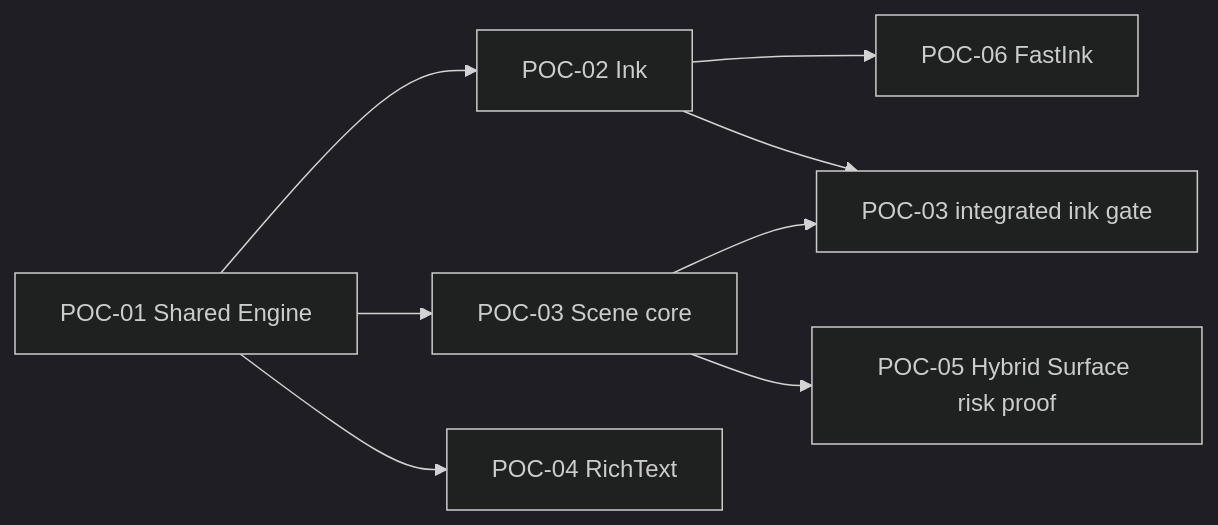
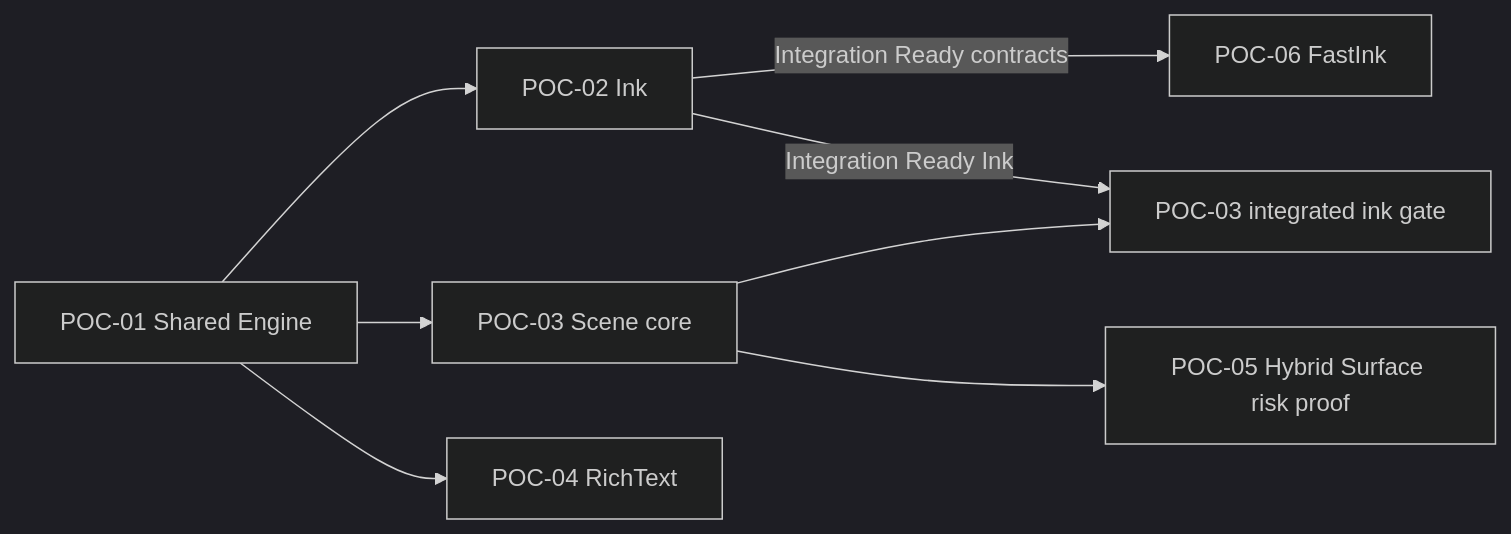
The second of 2 diagrams in docs/PROJECT_FRAMEWORK.md (Mostorm-Labs/Axiom), drawn with Mermaid (dark theme) before and after one commit. The commit also changed other lines of this file and 74 other files, not shown here.

First line of the commit message:
POC-02: deterministic cross-platform Ink Engine (#13)

````diff
--- a/docs/PROJECT_FRAMEWORK.md
+++ b/docs/PROJECT_FRAMEWORK.md
@@ -439,10 +439,10 @@
 ```mermaid
 flowchart LR
   P1["POC-01 Shared Engine"] --> P2["POC-02 Ink"]
   P1 --> P3["POC-03 Scene core"]
   P1 --> P4["POC-04 RichText"]
-  P2 --> P6["POC-06 FastInk"]
-  P2 --> P3Gate["POC-03 integrated ink gate"]
+  P2 -->|"Integration Ready contracts"| P6["POC-06 FastInk"]
+  P2 -->|"Integration Ready Ink"| P3Gate["POC-03 integrated ink gate"]
   P3 --> P3Gate
   P3 --> P5["POC-05 Hybrid Surface risk proof"]
 ```
````
